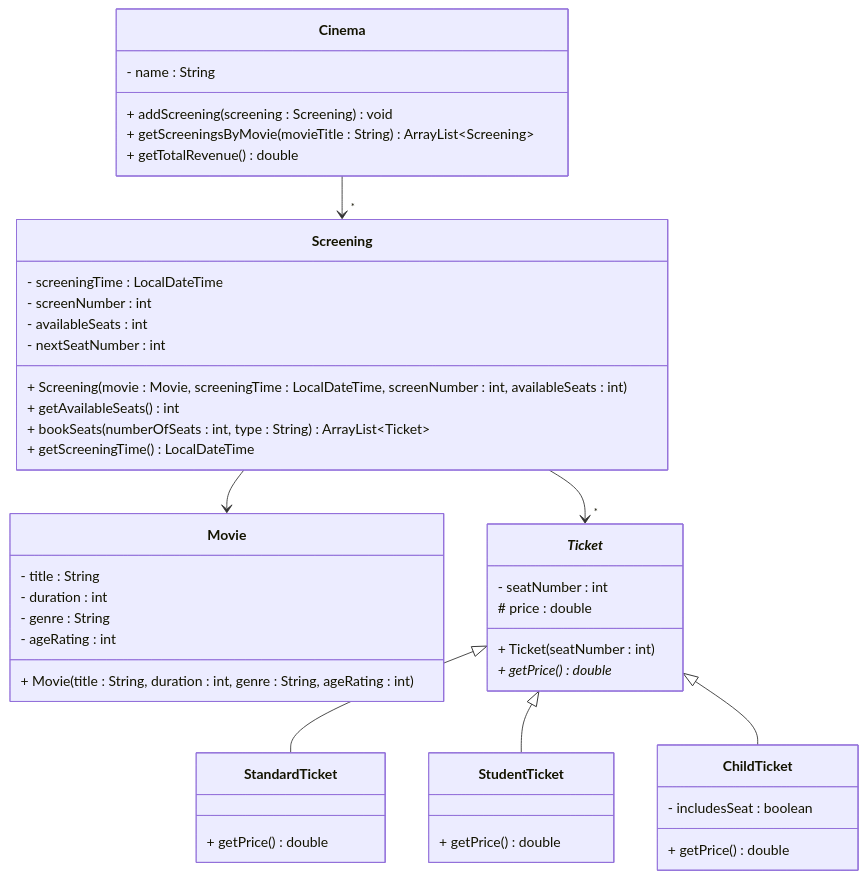
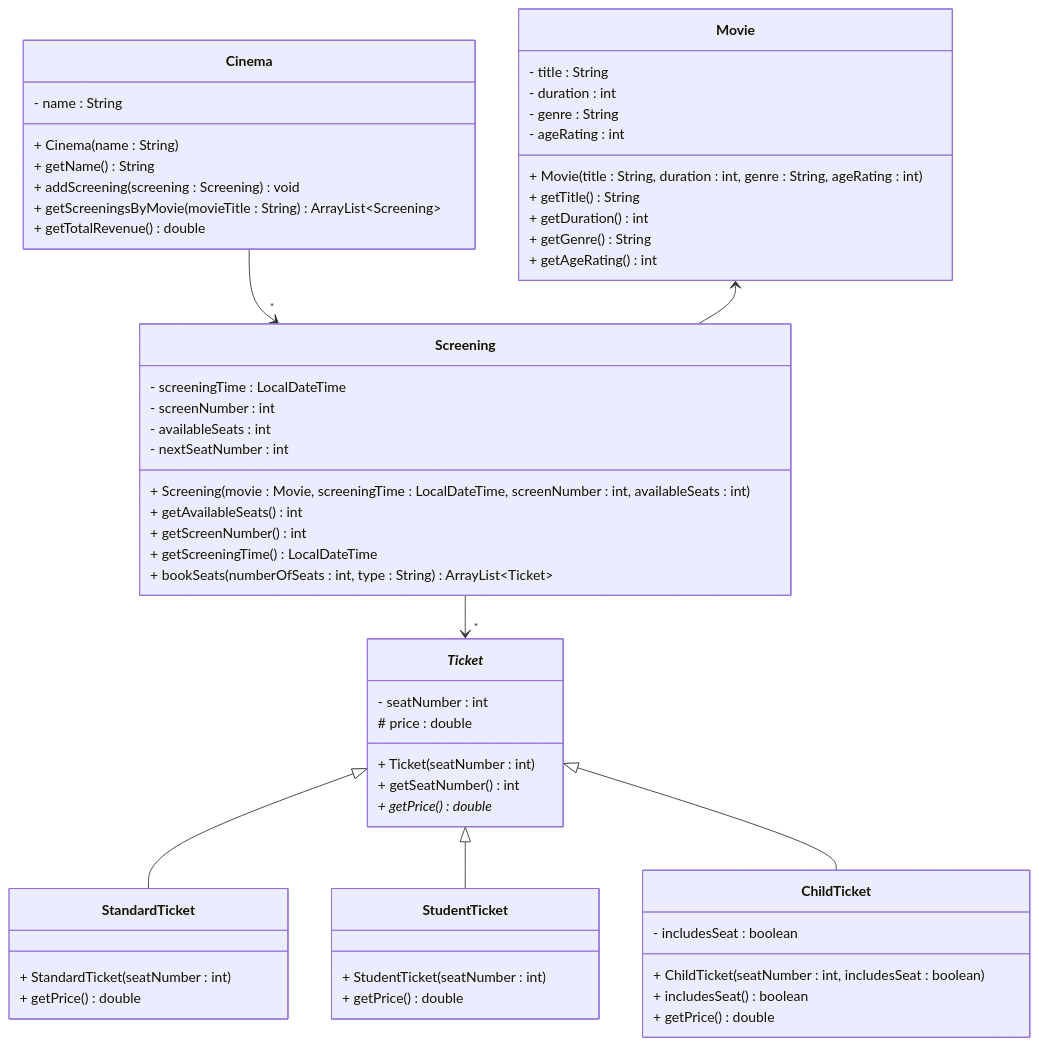
Before and after one commit to TroelsMortensen/Codelabs2: the diagram in Articles/Session 24 - Exam/011 Exercise 10 - Cinema Booking.md, drawn with Mermaid. The commit also changed 9 other files, not shown here.

````diff
--- a/Articles/Session 24 - Exam/011 Exercise 10 - Cinema Booking.md
+++ b/Articles/Session 24 - Exam/011 Exercise 10 - Cinema Booking.md
@@ -5,55 +5,67 @@
 ```mermaid
 classDiagram
     class Cinema {
         - name : String
+        + Cinema(name : String)
+        + getName() String
         + addScreening(screening : Screening) void
         + getScreeningsByMovie(movieTitle : String) ArrayList~Screening~
         + getTotalRevenue() double
     }
     
     class Movie {
         - title : String
         - duration : int
         - genre : String
         - ageRating : int
         + Movie(title : String, duration : int, genre : String, ageRating : int)
+        + getTitle() String
+        + getDuration() int
+        + getGenre() String
+        + getAgeRating() int
     }
     
     class Screening {
         - screeningTime : LocalDateTime
         - screenNumber : int
         - availableSeats : int
         - nextSeatNumber : int
         + Screening(movie : Movie, screeningTime : LocalDateTime, screenNumber : int, availableSeats : int)
         + getAvailableSeats() int
+        + getScreenNumber() int
+        + getScreeningTime() LocalDateTime
         + bookSeats(numberOfSeats : int, type : String) ArrayList~Ticket~
-        + getScreeningTime() LocalDateTime
     }
     
     class _Ticket_ {
         - seatNumber : int
         # price : double
         + Ticket(seatNumber : int)
+        + getSeatNumber() int
         + getPrice()* double
     }
     
     class StandardTicket {
+        + StandardTicket(seatNumber : int)
         + getPrice() double
     }
     
     class StudentTicket {
+        + StudentTicket(seatNumber : int)
         + getPrice() double
     }
     
     class ChildTicket {
         - includesSeat : boolean
+        + ChildTicket(seatNumber : int, includesSeat : boolean)
+        + includesSeat() boolean
         + getPrice() double
     }
     
     Cinema --> "*" Screening 
-    Screening --> Movie 
+    Movie <-- Screening
     Screening --> "*" _Ticket_ 
     _Ticket_ <|-- StandardTicket
     _Ticket_ <|-- StudentTicket
     _Ticket_ <|-- ChildTicket
 ```
````
